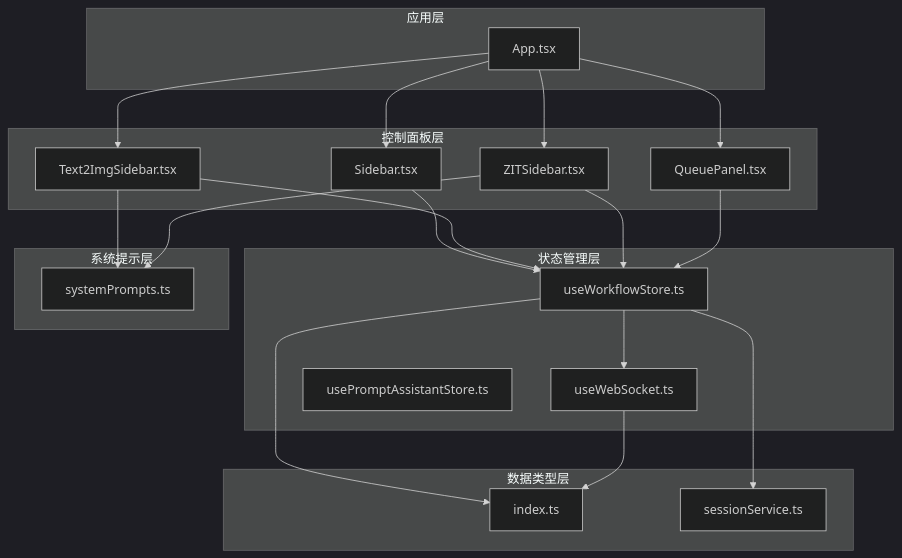
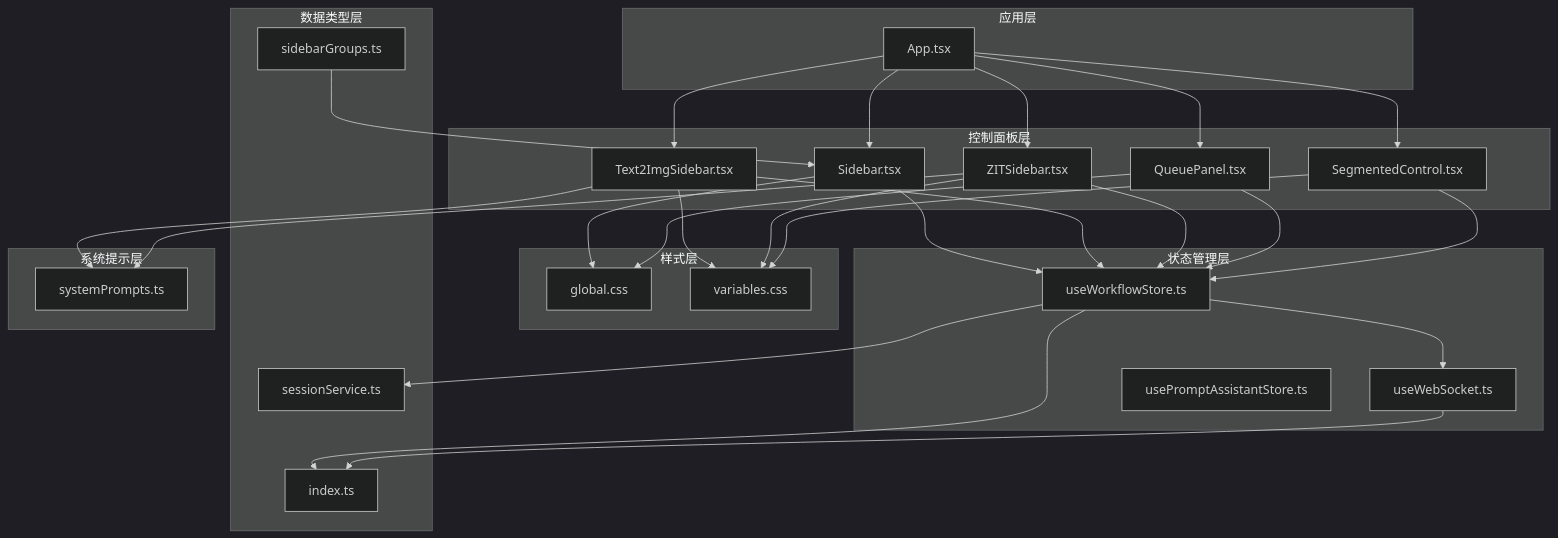
One commit to billye220670/CorineKit_Pix2Real changed the fifth of 5 diagrams in .qoder/repowiki/zh/content/用户界面组件/控制面板组件/控制面板组件.md. Above: the diagram before and after it, drawn with Mermaid (dark theme). The commit also changed other lines of this file and 49 other files, not shown here.

````diff
--- a/.qoder/repowiki/zh/content/用户界面组件/控制面板组件/控制面板组件.md
+++ b/.qoder/repowiki/zh/content/用户界面组件/控制面板组件/控制面板组件.md
@@ -294,38 +452,52 @@
 ```mermaid
 graph TD
 subgraph "应用层"
 App[App.tsx]
 end
 subgraph "控制面板层"
 Sidebar[Sidebar.tsx]
 Text2ImgSidebar[Text2ImgSidebar.tsx]
 ZITSidebar[ZITSidebar.tsx]
 QueuePanel[QueuePanel.tsx]
+SegmentedControl[SegmentedControl.tsx]
+end
+subgraph "样式层"
+globalCSS[global.css]
+variablesCSS[variables.css]
 end
 subgraph "状态管理层"
 useWorkflowStore[useWorkflowStore.ts]
 useWebSocket[useWebSocket.ts]
 usePromptAssistantStore[usePromptAssistantStore.ts]
 end
 subgraph "数据类型层"
 types[index.ts]
 sessionService[sessionService.ts]
+sidebarGroups[sidebarGroups.ts]
 end
 subgraph "系统提示层"
 systemPrompts[systemPrompts.ts]
 end
 App --> Sidebar
 App --> Text2ImgSidebar
 App --> ZITSidebar
 App --> QueuePanel
+App --> SegmentedControl
 Sidebar --> useWorkflowStore
 Text2ImgSidebar --> useWorkflowStore
 ZITSidebar --> useWorkflowStore
 QueuePanel --> useWorkflowStore
+SegmentedControl --> useWorkflowStore
+Sidebar --> globalCSS
+Text2ImgSidebar --> variablesCSS
+ZITSidebar --> variablesCSS
+QueuePanel --> globalCSS
+SegmentedControl --> variablesCSS
 useWorkflowStore --> types
 useWorkflowStore --> sessionService
 useWorkflowStore --> useWebSocket
 Text2ImgSidebar --> systemPrompts
 ZITSidebar --> systemPrompts
 useWebSocket --> types
+sidebarGroups --> Sidebar
 ```
````
